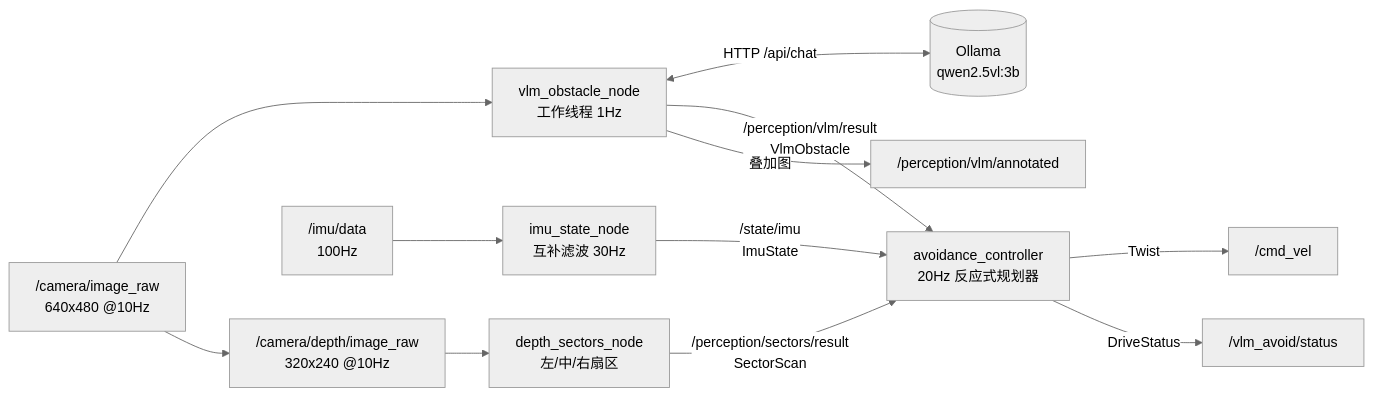
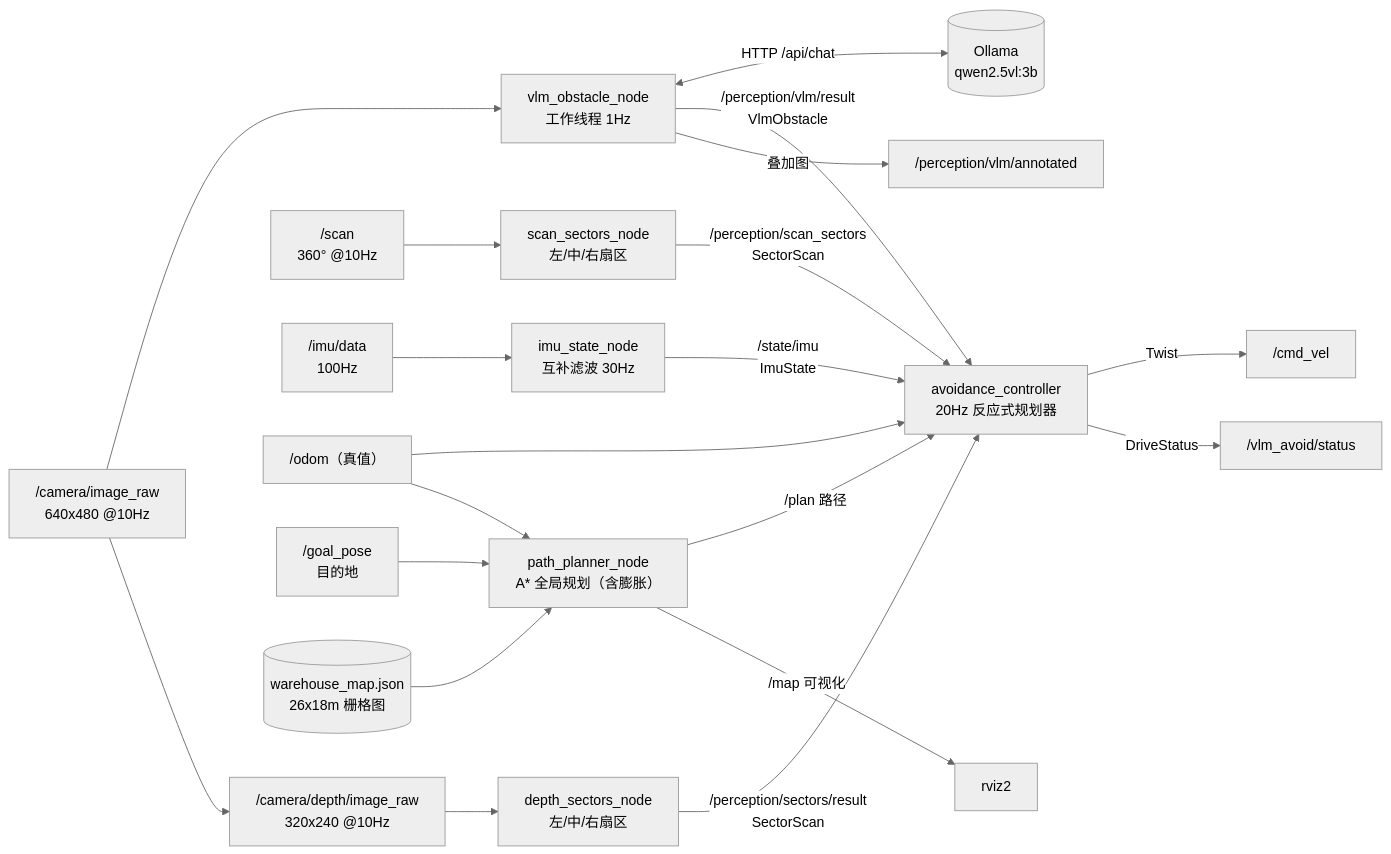
One commit to HumanDr/VLM_init changed the first of 2 diagrams in README.md. Above: the diagram before and after it, drawn with Mermaid (neutral theme). The commit also changed other lines of this file and 50 other files, not shown here.

````diff
--- a/README.md
+++ b/README.md
@@ -95,13 +123,21 @@
 ```mermaid
 flowchart LR
   CAM["/camera/image_raw<br/>640x480 @10Hz"] --> VLM["vlm_obstacle_node<br/>工作线程 1Hz"]
   VLM <-->|HTTP /api/chat| QWEN[("Ollama<br/>qwen2.5vl:3b")]
   CAM --> DEEP["/camera/depth/image_raw<br/>320x240 @10Hz"] --> SEC["depth_sectors_node<br/>左/中/右扇区"]
+  LID["/scan<br/>360° @10Hz"] --> SCAN["scan_sectors_node<br/>左/中/右扇区"]
   IMU["/imu/data<br/>100Hz"] --> FILT["imu_state_node<br/>互补滤波 30Hz"]
   VLM -->|"/perception/vlm/result<br/>VlmObstacle"| CTRL["avoidance_controller<br/>20Hz 反应式规划器"]
   SEC -->|"/perception/sectors/result<br/>SectorScan"| CTRL
+  SCAN -->|"/perception/scan_sectors<br/>SectorScan"| CTRL
   FILT -->|"/state/imu<br/>ImuState"| CTRL
+  ODOM["/odom（真值）"] --> CTRL
+  GOAL["/goal_pose<br/>目的地"] --> PLAN["path_planner_node<br/>A* 全局规划（含膨胀）"]
+  ODOM --> PLAN
+  MAPF[("warehouse_map.json<br/>26x18m 栅格图")] --> PLAN
+  PLAN -->|"/plan 路径"| CTRL
+  PLAN -->|"/map 可视化"| RVZ["rviz2"]
   CTRL -->|"Twist"| CMD["/cmd_vel"]
   CTRL -->|"DriveStatus"| DBG["/vlm_avoid/status"]
   VLM -->|"叠加图"| ANN["/perception/vlm/annotated"]
 ```
````
